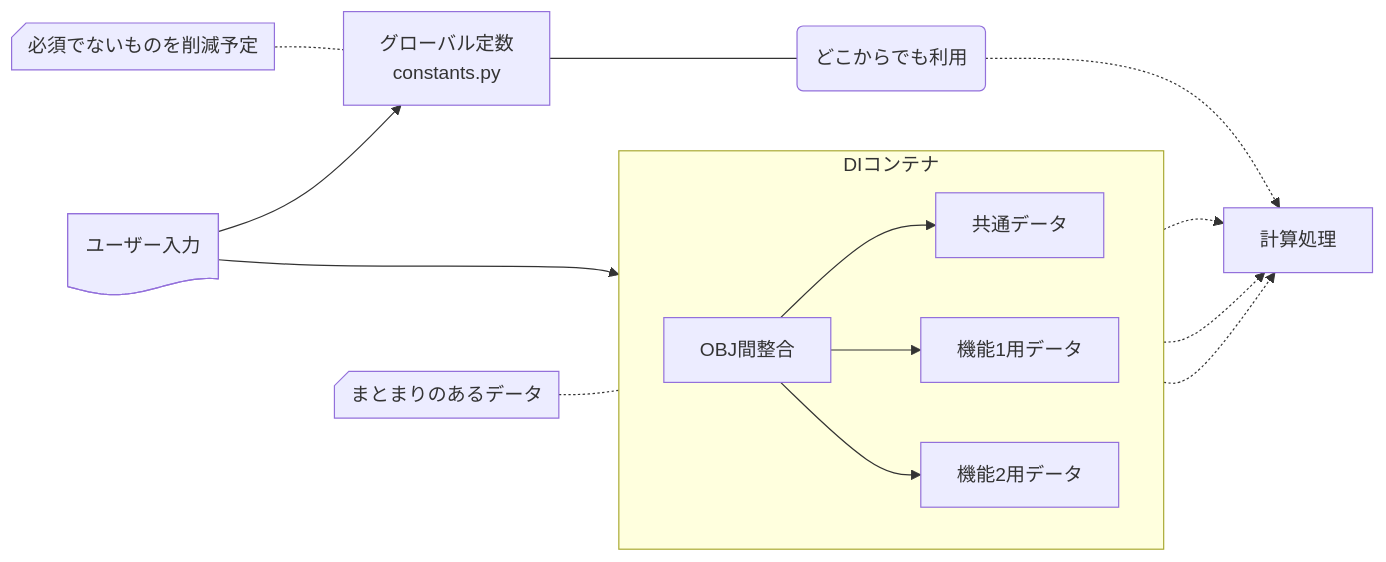
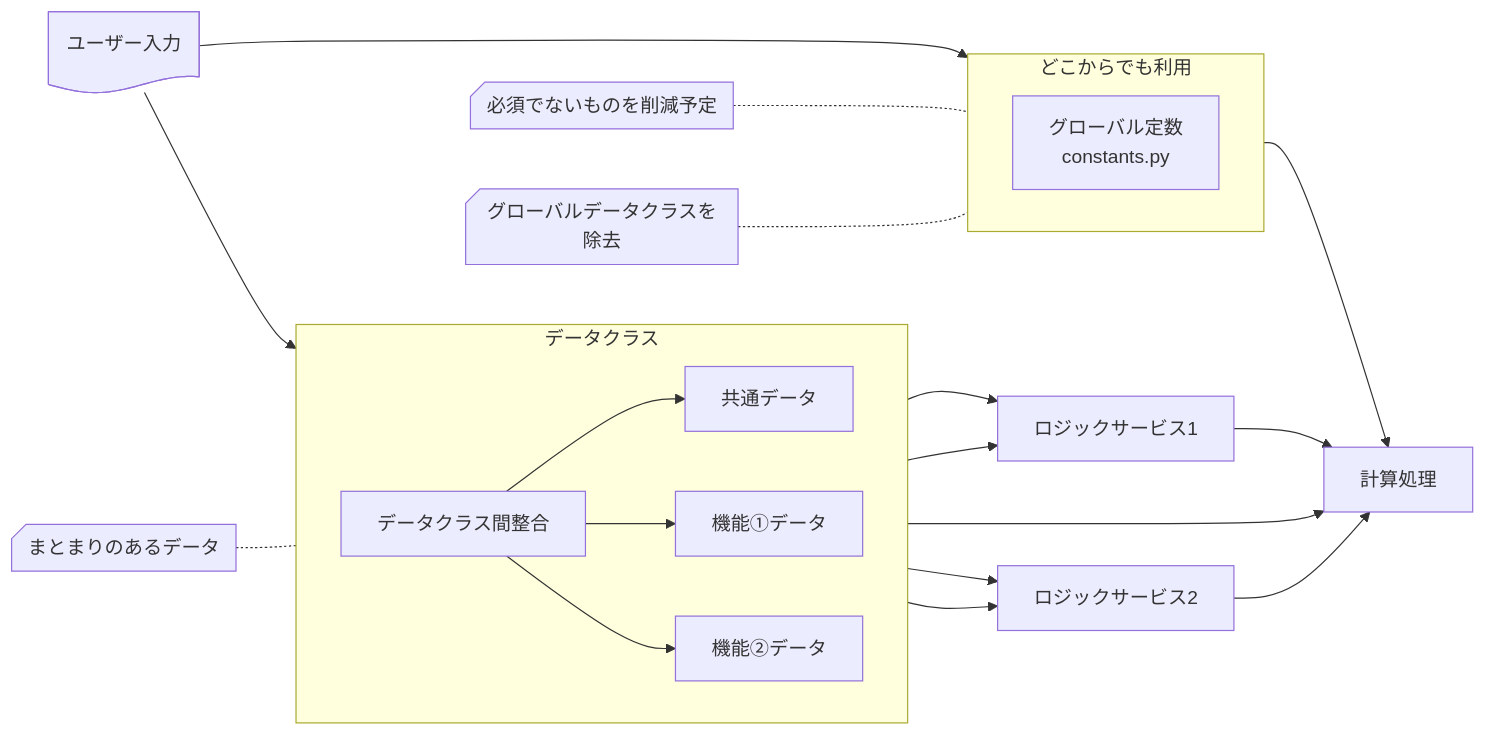
Before and after one commit to izumi-system-development/pyhees-jjj: the second of 2 diagrams in src/jjjexperiment/inputs/README.md, drawn with Mermaid. The commit also changed other lines of this file, not shown here.

````diff
--- a/src/jjjexperiment/inputs/README.md
+++ b/src/jjjexperiment/inputs/README.md
@@ -27,31 +46,41 @@
 ```mermaid
 flowchart LR
 
 A@{ shape: doc, label: ユーザー入力 }
 B[グローバル定数<br>constants.py]
 E[計算処理]
 
-F[OBJ間整合]
+F[データクラス間整合]
 F0[共通データ]
-F1[機能1用データ]
-F2[機能2用データ]
-subgraph DIコンテナ
+F1[機能①データ]
+F2[機能②データ]
+subgraph データクラス
     direction LR
     F --> F0
     F --> F1
     F --> F2
 end
-F0 -.-> E
-F1 -.-> E
-F2 -.-> E
-A ---> F
+service1[ロジックサービス1]
+service2[ロジックサービス2]
+F0 --> service1 --> E
+F1 --> service1
+F1 --> E
+F1 --> service2 --> E
+F2 --> service2
+A --> F
 
-proc1(どこからでも利用)
 note1@{ shape: notch-rect, label: 必須でないものを削減予定 }
 note2@{ shape: notch-rect, label: まとまりのあるデータ }
+note3@{ shape: notch-rect, label: グローバルデータクラスを除去 }
+
+subgraph どこからでも利用
+    direction LR
+    B
+end
+note3 -.- どこからでも利用
 
 note1 -.- B
 note2 -.- F2
-A --> B --- proc1 -.-> E
+A --> B --> E
 
 ```
````
